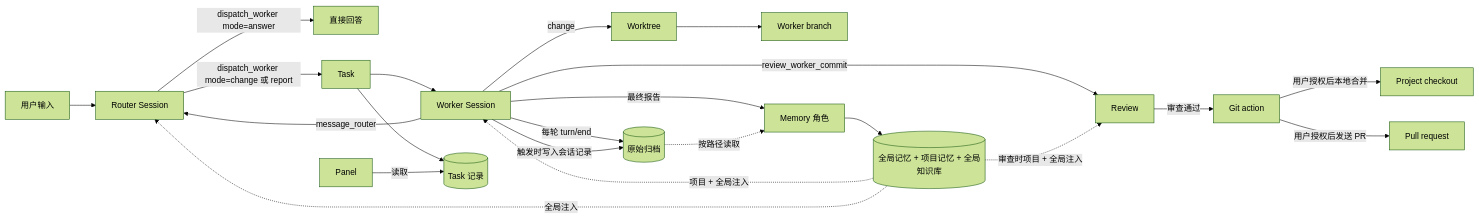
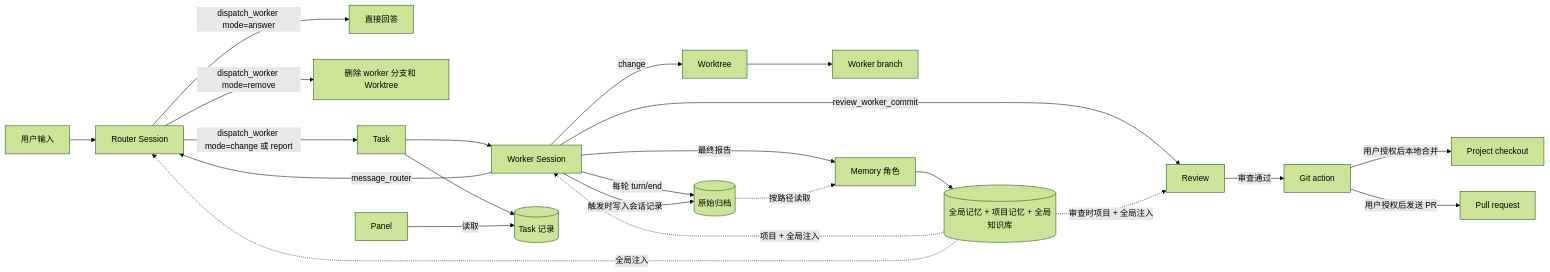
One commit to LMQ00/superagent-lite changed the diagram in docs/001-domain.md. Above: the diagram before and after it, drawn with Mermaid (forest theme). The commit also changed other lines of this file and 14 other files, not shown here.

Commit message:
feat: dispatch_worker 增加 remove 模式

````diff
--- a/docs/001-domain.md
+++ b/docs/001-domain.md
@@ -9,24 +9,25 @@
 ```mermaid
 flowchart LR
   I[用户输入] --> R[Router Session]
   R -->|dispatch_worker mode=answer| A[直接回答]
+  R -->|dispatch_worker mode=remove| X[删除 worker 分支和 Worktree]
   R -->|dispatch_worker mode=change 或 report| T[Task]
   T --> W[Worker Session]
   W -->|change| WT[Worktree]
   WT --> B[Worker branch]
   W -->|review_worker_commit| V[Review]
   W -->|message_router| R
   V -->|审查通过| G[Git action]
   G -->|用户授权后本地合并| P[Project checkout]
   G -->|用户授权后发送 PR| PR[Pull request]
   T --> D[(Task 记录)]
   W -->|最终报告| M[Memory 角色]
   W -->|每轮 turn/end| AR[(原始归档)]
   W -->|触发时写入会话记录| AR
   AR -.->|按路径读取| M
   M --> MS[(全局记忆 + 项目记忆 + 全局知识库)]
   MS -.->|项目 + 全局注入| W
   MS -.->|全局注入| R
   MS -.->|审查时项目 + 全局注入| V
   PN[Panel] -->|读取| D
 ```
````
